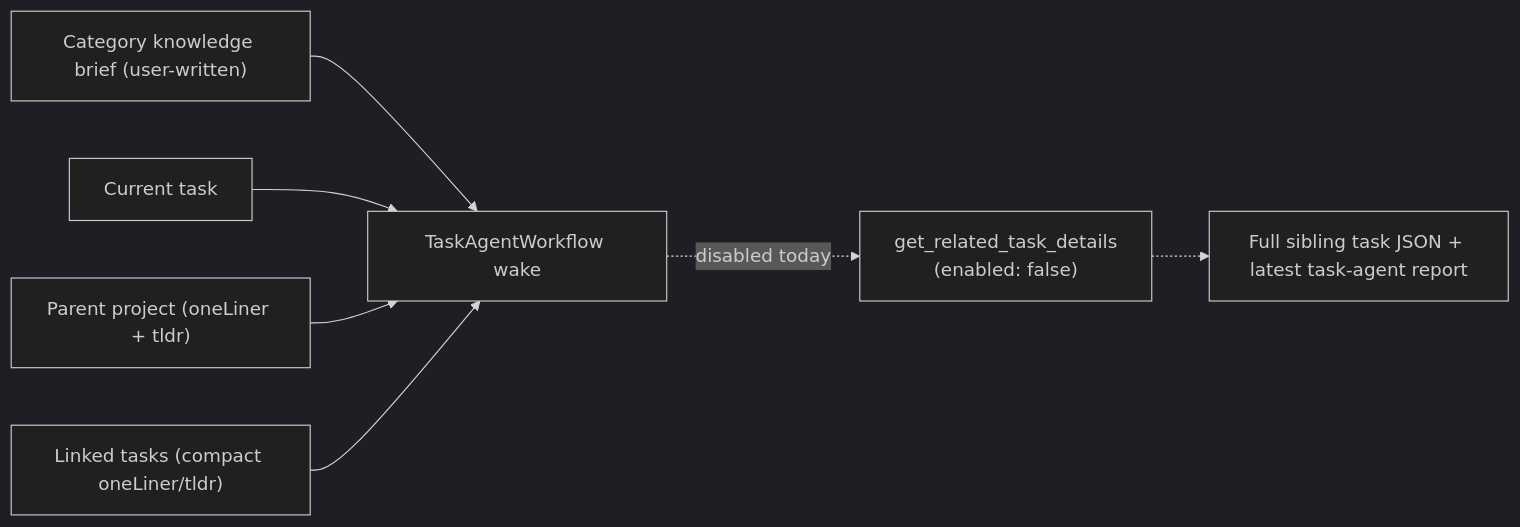
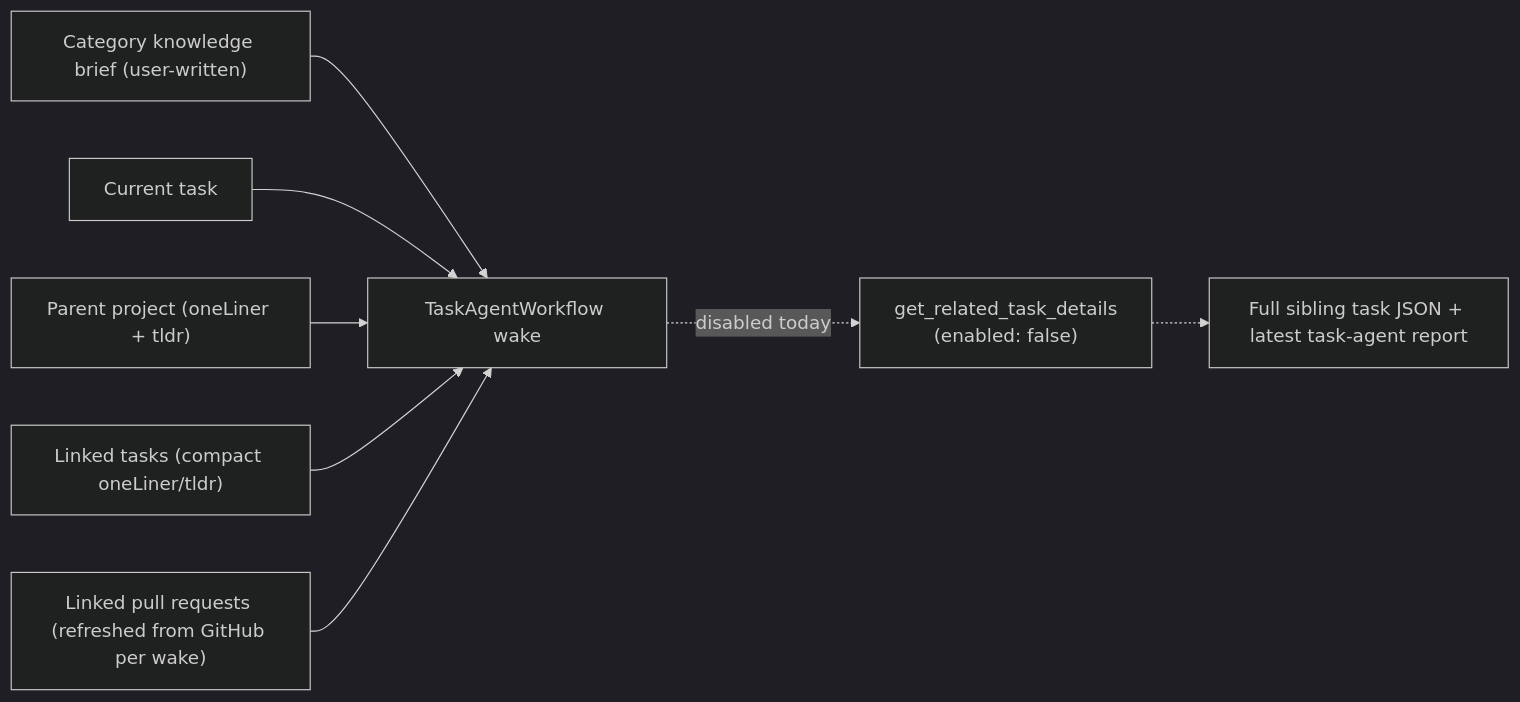
Before and after one commit to matthiasn/lotti: the fifth of 11 diagrams in knowledge/features/agents/task-agents.md, drawn with Mermaid (dark theme). The commit also changed other lines of this file and 7 other files, not shown here.

Commit message:
docs(github): document pull requests in task contexts; test the provider wiring

````diff
--- a/knowledge/features/agents/task-agents.md
+++ b/knowledge/features/agents/task-agents.md
@@ -394,9 +394,10 @@
 ```mermaid
 flowchart LR
   Brief["Category knowledge brief (user-written)"] --> Wake["TaskAgentWorkflow wake"]
   Task["Current task"] --> Wake
   Project["Parent project (oneLiner + tldr)"] --> Wake
   Linked["Linked tasks (compact oneLiner/tldr)"] --> Wake
+  PRs["Linked pull requests (refreshed from GitHub per wake)"] --> Wake
   Wake -.->|disabled today| Drill["get_related_task_details<br/>(enabled: false)"]
   Drill -.-> FullSibling["Full sibling task JSON + latest task-agent report"]
 ```
````
